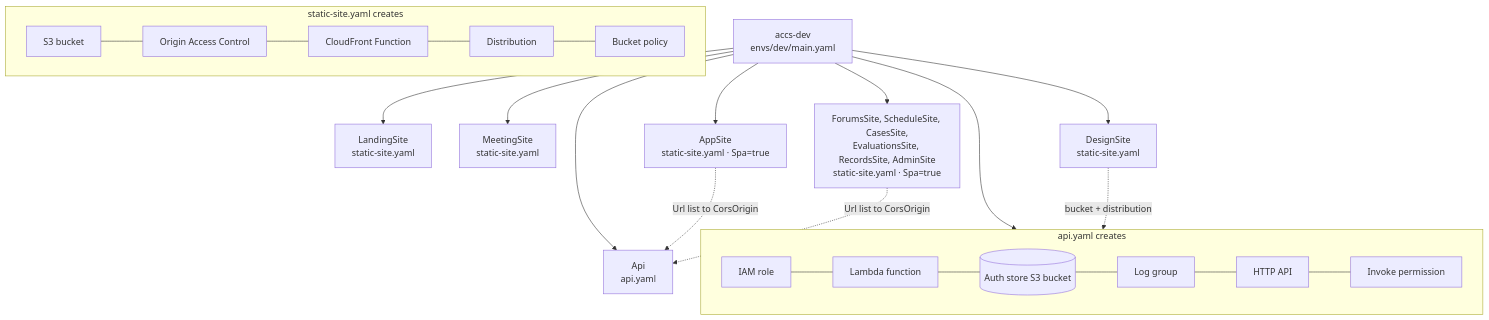
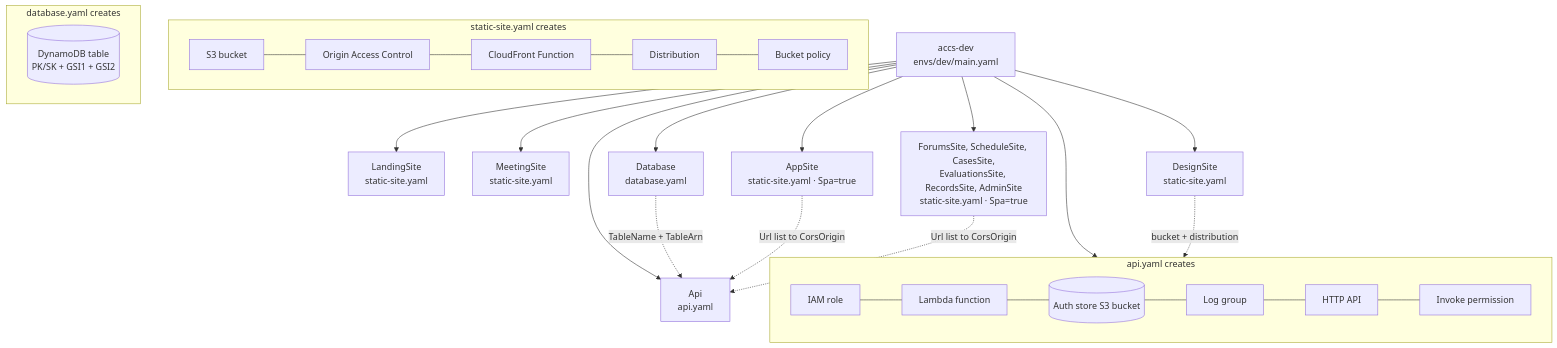
Before and after one commit to MeetingAt10/accs-architecture: the second of 4 diagrams in README.md, drawn with Mermaid. The commit also changed other lines of this file and 4 other files, not shown here.

First line of the commit message:
feat: add DynamoDB single-table app database

````diff
--- a/README.md
+++ b/README.md
@@ -61,22 +64,28 @@
 ```mermaid
 flowchart TB
   root["accs-dev<br/>envs/dev/main.yaml"]
   root --> landing["LandingSite<br/>static-site.yaml"]
   root --> meeting["MeetingSite<br/>static-site.yaml"]
   root --> app["AppSite<br/>static-site.yaml · Spa=true"]
   root --> modules["ForumsSite, ScheduleSite, CasesSite,<br/>EvaluationsSite, RecordsSite, AdminSite<br/>static-site.yaml · Spa=true"]
   root --> design["DesignSite<br/>static-site.yaml"]
   root --> role["DesignDeployRole<br/>github-deploy-role.yaml"]
   design -. bucket + distribution .-> role
+  root --> db["Database<br/>database.yaml"]
   root --> api["Api<br/>api.yaml"]
+  db -. TableName + TableArn .-> api
   app & modules -. Url list to CorsOrigin .-> api
 
   subgraph site["static-site.yaml creates"]
     direction LR
     b[S3 bucket] --- oac[Origin Access Control] --- cff[CloudFront Function] --- dist[Distribution] --- pol[Bucket policy]
   end
+  subgraph dbt["database.yaml creates"]
+    direction LR
+    t[(DynamoDB table<br/>PK/SK + GSI1 + GSI2)]
+  end
   subgraph apit["api.yaml creates"]
     direction LR
     role[IAM role] --- f[Lambda function] --- ab[(Auth store S3 bucket)] --- lg[Log group] --- http[HTTP API] --- perm[Invoke permission]
   end
 ```
````
